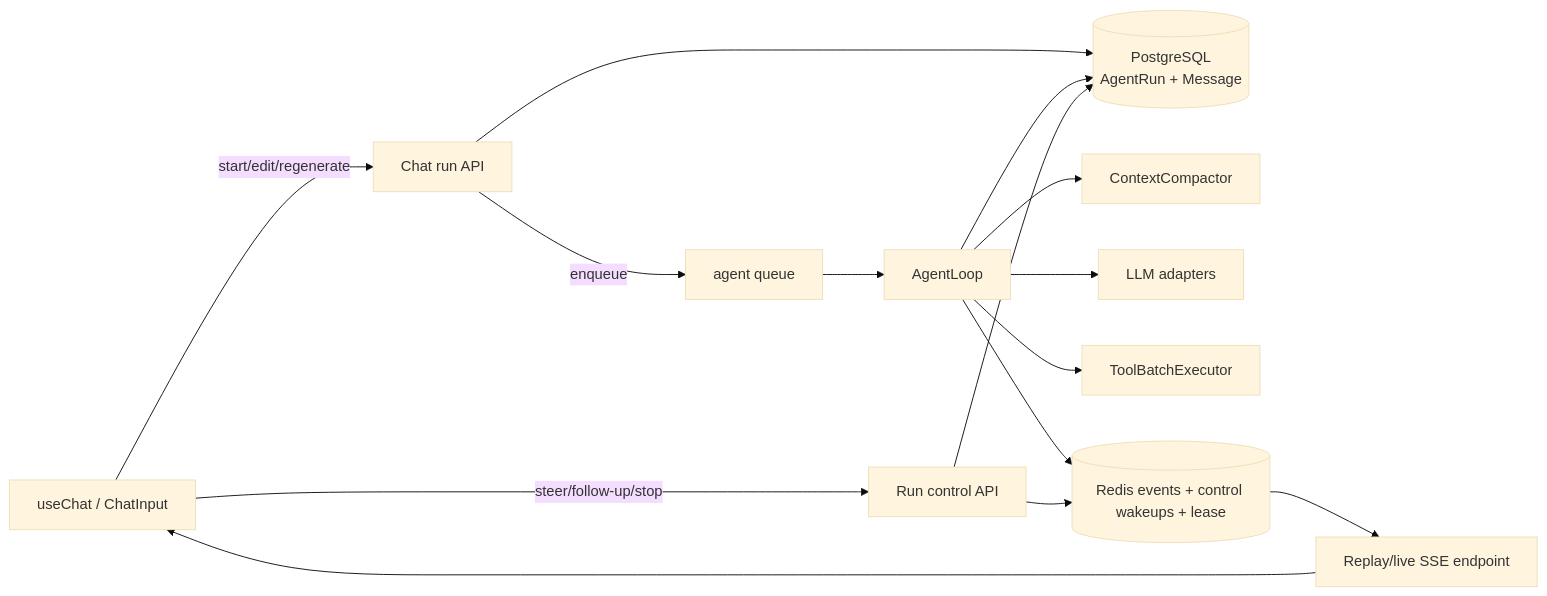
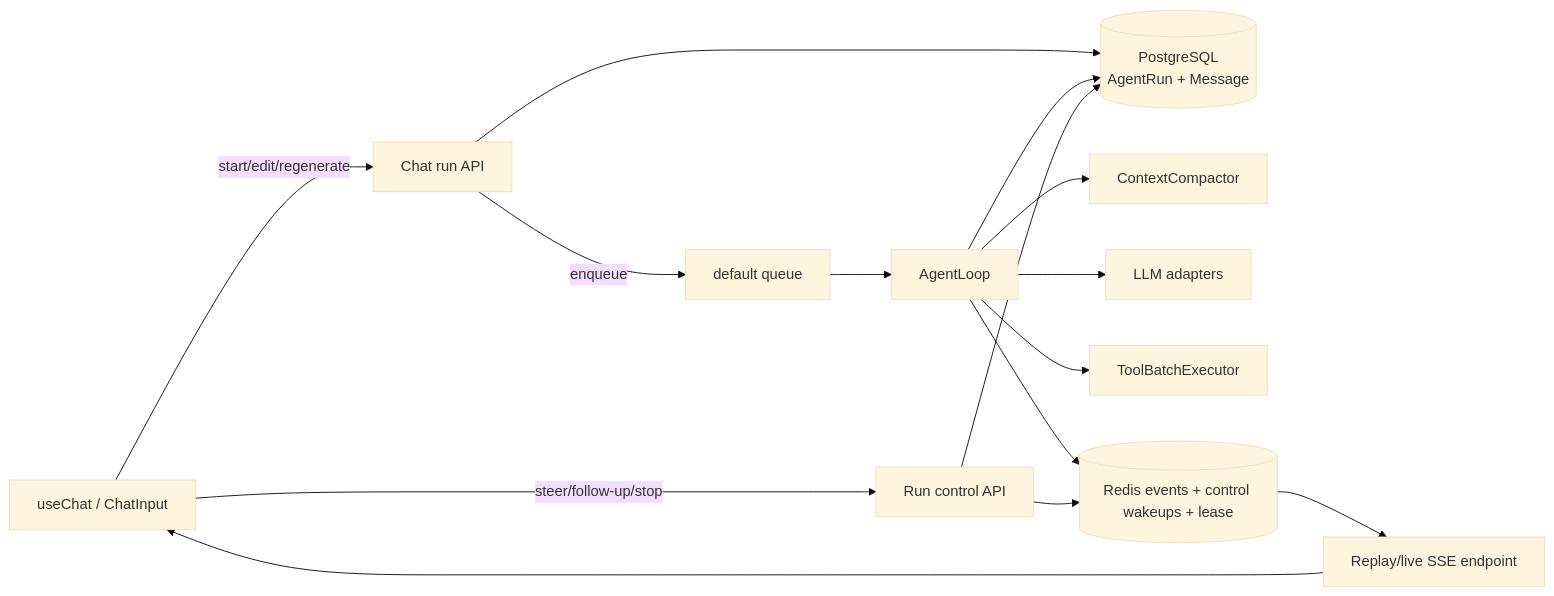
One commit to clouisle/Clouisle changed the diagram in docs/plan/oh-my-pi-agent-loop-parity.md. Above: the diagram before and after it, drawn with Mermaid (base theme). The commit also changed other lines of this file and 11 other files, not shown here.

Commit message:
fix(agent-run): route durable work through default queue

````diff
--- a/docs/plan/oh-my-pi-agent-loop-parity.md
+++ b/docs/plan/oh-my-pi-agent-loop-parity.md
@@ -80,17 +80,17 @@
 ```mermaid
 flowchart LR
     UI[useChat / ChatInput] -->|start/edit/regenerate| API[Chat run API]
     UI -->|steer/follow-up/stop| Control[Run control API]
     API --> DB[(PostgreSQL\nAgentRun + Message)]
-    API -->|enqueue| Celery[agent queue]
+    API -->|enqueue| Celery[default queue]
     Celery --> Loop[AgentLoop]
     Loop --> Context[ContextCompactor]
     Loop --> Model[LLM adapters]
     Loop --> Tools[ToolBatchExecutor]
     Loop --> DB
     Loop --> Redis[(Redis events + control wakeups + lease)]
     Redis --> SSE[Replay/live SSE endpoint]
     SSE --> UI
     Control --> DB
     Control --> Redis
 ```
````
